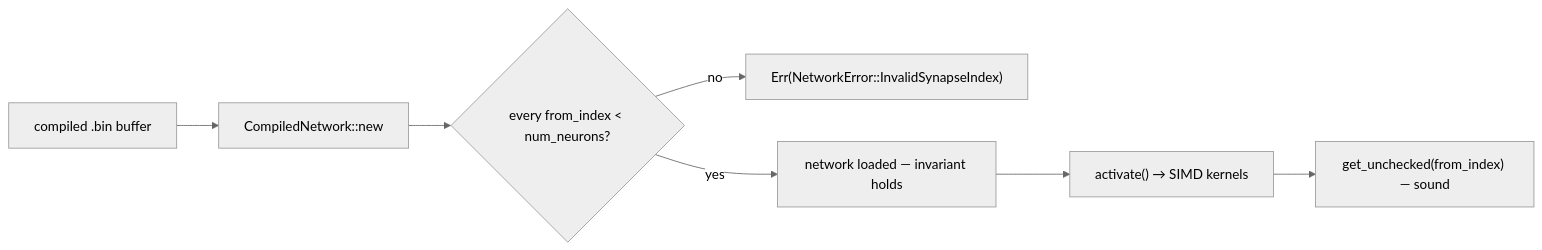
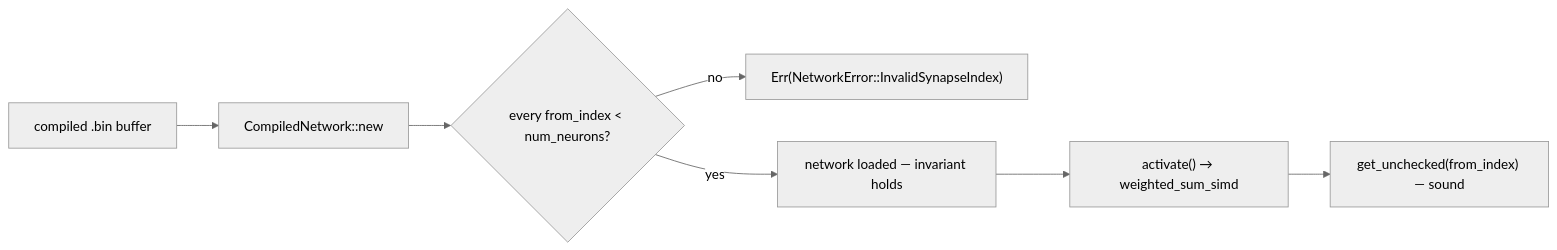
The diagram in AGENTS.md (stSoftwareAU/NEAT-AI-core), drawn with Mermaid (neutral theme) before and after one commit. The commit also changed other lines of this file and 9 other files, not shown here.

````diff
--- a/AGENTS.md
+++ b/AGENTS.md
@@ -63,9 +43,9 @@
 ```mermaid
 flowchart LR
     A[compiled .bin buffer] --> B["CompiledNetwork::new"]
     B --> C{"every from_index &lt; num_neurons?"}
     C -- no --> D["Err(NetworkError::InvalidSynapseIndex)"]
     C -- yes --> E["network loaded — invariant holds"]
-    E --> F["activate() → SIMD kernels"]
+    E --> F["activate() → weighted_sum_simd"]
     F --> G["get_unchecked(from_index) — sound"]
 ```
````
